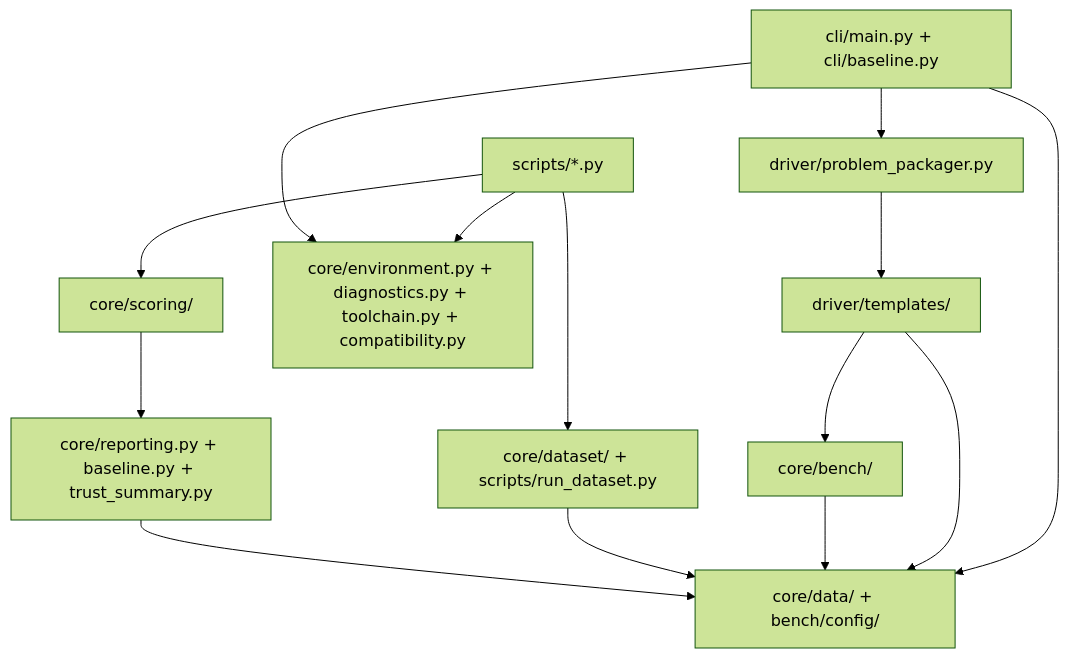
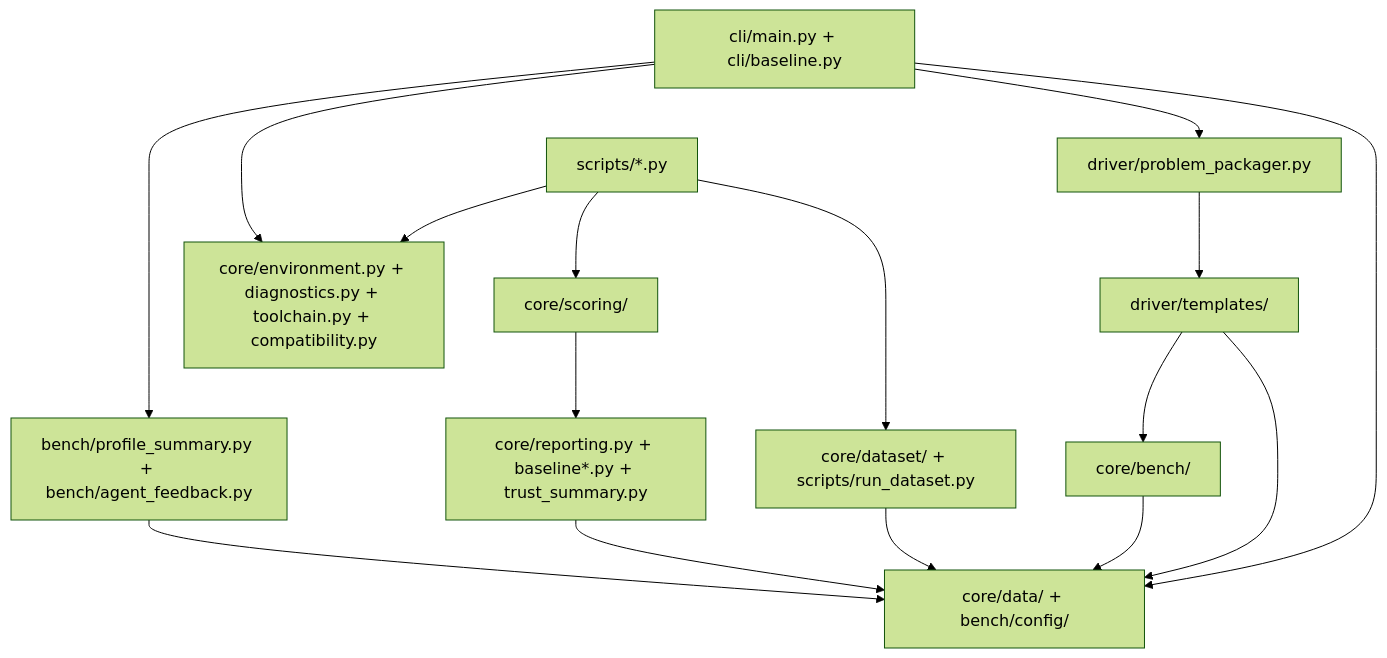
One commit to gwokhou/SOL-ExecBench-ROCm changed the diagram in docs/ARCHITECTURE.md. Above: the diagram before and after it, drawn with Mermaid (forest theme). The commit also changed other lines of this file and 8 other files, not shown here.

````diff
--- a/docs/ARCHITECTURE.md
+++ b/docs/ARCHITECTURE.md
@@ -18,27 +18,30 @@
 ```mermaid
 graph TD
     Scripts["scripts/*.py"]
     CLI["cli/main.py + cli/baseline.py"]
     Models["core/data/ + bench/config/"]
     Packager["driver/problem_packager.py"]
     Templates["driver/templates/"]
     Bench["core/bench/"]
     Evidence["core/environment.py + diagnostics.py + toolchain.py + compatibility.py"]
     Dataset["core/dataset/ + scripts/run_dataset.py"]
     Scoring["core/scoring/"]
-    Reports["core/reporting.py + baseline.py + trust_summary.py"]
+    Reports["core/reporting.py + baseline*.py + trust_summary.py"]
+    Feedback["bench/profile_summary.py + bench/agent_feedback.py"]
 
     Scripts --> Dataset
     Scripts --> Evidence
     Scripts --> Scoring
     CLI --> Models
     CLI --> Packager
     CLI --> Evidence
     Packager --> Templates
     Templates --> Bench
     Templates --> Models
     Bench --> Models
     Dataset --> Models
     Scoring --> Reports
     Reports --> Models
+    Feedback --> Models
+    CLI --> Feedback
 ```
````
